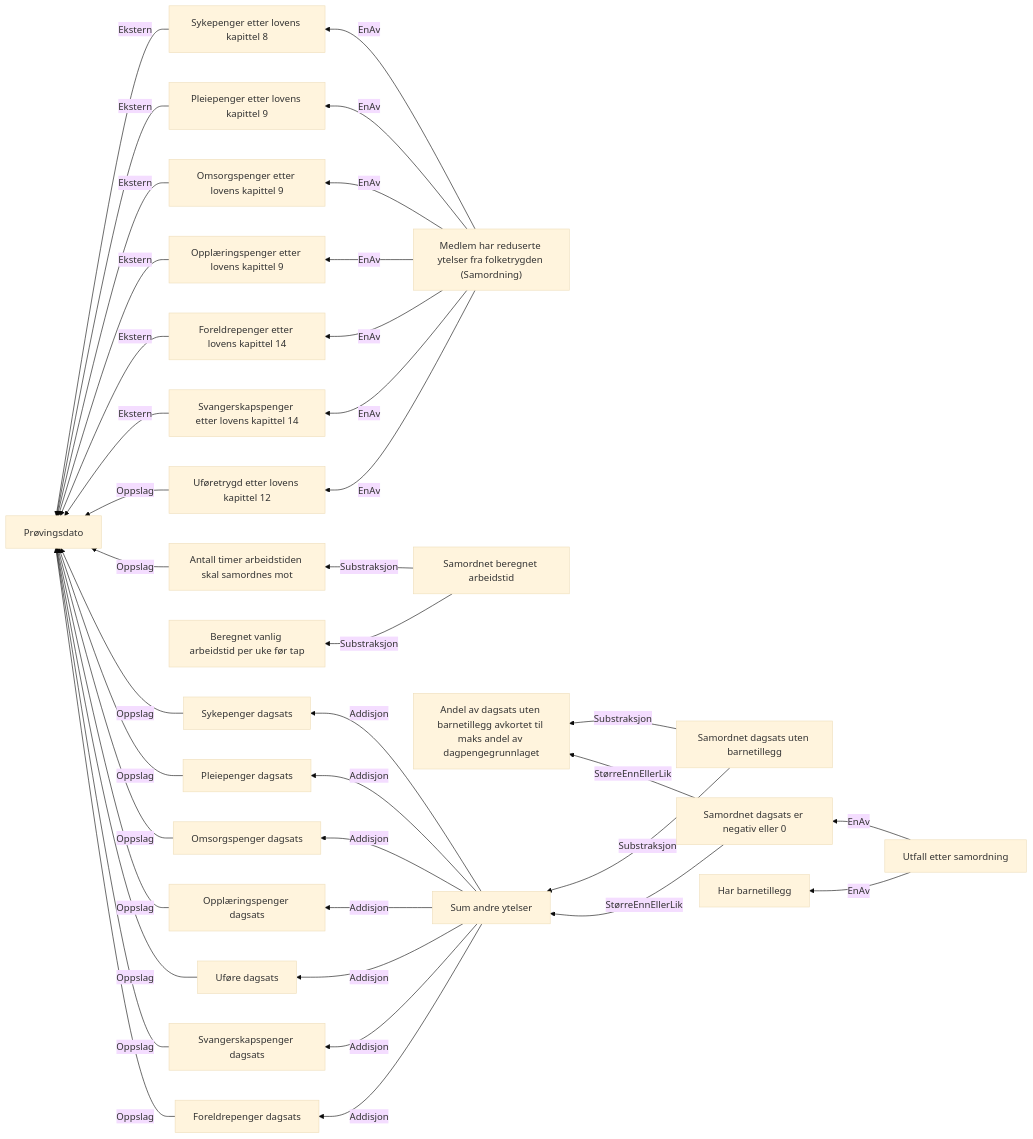
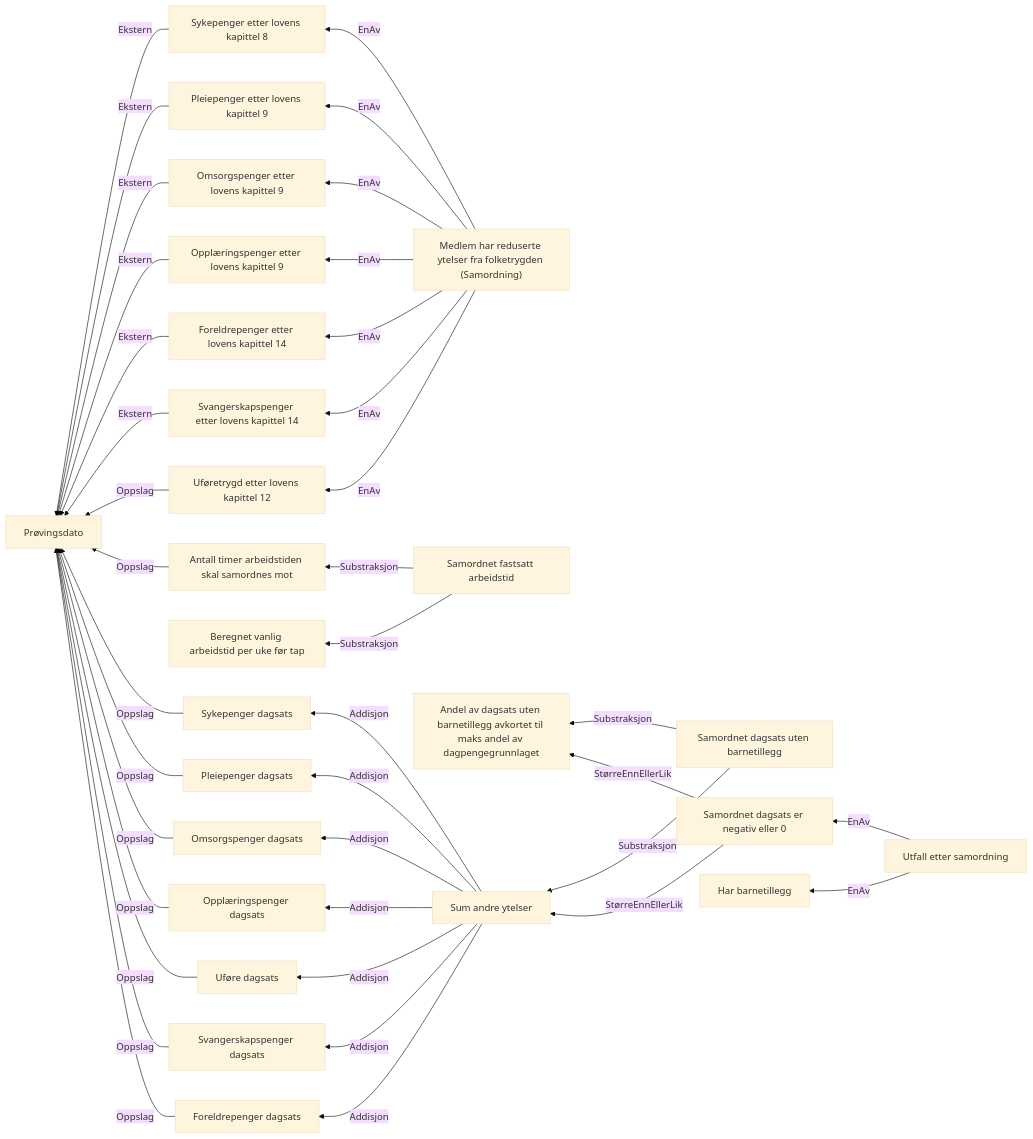
Before and after one commit to navikt/dp-vedtak: the diagram in docs/regler/§ 4-25.Samordning med reduserte ytelser fra folketrygden, eller redusert avtalefestet pensjon.approved.md, drawn with Mermaid (base theme). The commit also changed 6 other files, not shown here.

````diff
--- a/docs/regler/§ 4-25.Samordning med reduserte ytelser fra folketrygden, eller redusert avtalefestet pensjon.approved.md
+++ b/docs/regler/§ 4-25.Samordning med reduserte ytelser fra folketrygden, eller redusert avtalefestet pensjon.approved.md
@@ -5,40 +5,40 @@
 ```mermaid
 graph RL
   A["Sykepenger etter lovens kapittel 8"] -->|"Ekstern"| B["Prøvingsdato"]
   C["Pleiepenger etter lovens kapittel 9"] -->|"Ekstern"| B["Prøvingsdato"]
   D["Omsorgspenger etter lovens kapittel 9"] -->|"Ekstern"| B["Prøvingsdato"]
   E["Opplæringspenger etter lovens kapittel 9"] -->|"Ekstern"| B["Prøvingsdato"]
   F["Foreldrepenger etter lovens kapittel 14"] -->|"Ekstern"| B["Prøvingsdato"]
   G["Svangerskapspenger etter lovens kapittel 14"] -->|"Ekstern"| B["Prøvingsdato"]
   H["Uføretrygd etter lovens kapittel 12"] -->|"Oppslag"| B["Prøvingsdato"]
   I["Antall timer arbeidstiden skal samordnes mot"] -->|"Oppslag"| B["Prøvingsdato"]
-  J["Samordnet beregnet arbeidstid"] -->|"Substraksjon"| K["Beregnet vanlig arbeidstid per uke før tap"]
-  J["Samordnet beregnet arbeidstid"] -->|"Substraksjon"| I["Antall timer arbeidstiden skal samordnes mot"]
+  J["Samordnet fastsatt arbeidstid"] -->|"Substraksjon"| K["Beregnet vanlig arbeidstid per uke før tap"]
+  J["Samordnet fastsatt arbeidstid"] -->|"Substraksjon"| I["Antall timer arbeidstiden skal samordnes mot"]
   L["Sykepenger dagsats"] -->|"Oppslag"| B["Prøvingsdato"]
   M["Pleiepenger dagsats"] -->|"Oppslag"| B["Prøvingsdato"]
   N["Omsorgspenger dagsats"] -->|"Oppslag"| B["Prøvingsdato"]
   O["Opplæringspenger dagsats"] -->|"Oppslag"| B["Prøvingsdato"]
   P["Uføre dagsats"] -->|"Oppslag"| B["Prøvingsdato"]
   Q["Svangerskapspenger dagsats"] -->|"Oppslag"| B["Prøvingsdato"]
   R["Foreldrepenger dagsats"] -->|"Oppslag"| B["Prøvingsdato"]
   S["Sum andre ytelser"] -->|"Addisjon"| L["Sykepenger dagsats"]
   S["Sum andre ytelser"] -->|"Addisjon"| M["Pleiepenger dagsats"]
   S["Sum andre ytelser"] -->|"Addisjon"| N["Omsorgspenger dagsats"]
   S["Sum andre ytelser"] -->|"Addisjon"| O["Opplæringspenger dagsats"]
   S["Sum andre ytelser"] -->|"Addisjon"| P["Uføre dagsats"]
   S["Sum andre ytelser"] -->|"Addisjon"| R["Foreldrepenger dagsats"]
   S["Sum andre ytelser"] -->|"Addisjon"| Q["Svangerskapspenger dagsats"]
   T["Samordnet dagsats uten barnetillegg"] -->|"Substraksjon"| U["Andel av dagsats uten barnetillegg avkortet til maks andel av dagpengegrunnlaget"]
   T["Samordnet dagsats uten barnetillegg"] -->|"Substraksjon"| S["Sum andre ytelser"]
   V["Samordnet dagsats er negativ eller 0"] -->|"StørreEnnEllerLik"| U["Andel av dagsats uten barnetillegg avkortet til maks andel av dagpengegrunnlaget"]
   V["Samordnet dagsats er negativ eller 0"] -->|"StørreEnnEllerLik"| S["Sum andre ytelser"]
   W["Utfall etter samordning"] -->|"EnAv"| V["Samordnet dagsats er negativ eller 0"]
   W["Utfall etter samordning"] -->|"EnAv"| X["Har barnetillegg"]
   Y["Medlem har reduserte ytelser fra folketrygden (Samordning)"] -->|"EnAv"| A["Sykepenger etter lovens kapittel 8"]
   Y["Medlem har reduserte ytelser fra folketrygden (Samordning)"] -->|"EnAv"| C["Pleiepenger etter lovens kapittel 9"]
   Y["Medlem har reduserte ytelser fra folketrygden (Samordning)"] -->|"EnAv"| D["Omsorgspenger etter lovens kapittel 9"]
   Y["Medlem har reduserte ytelser fra folketrygden (Samordning)"] -->|"EnAv"| E["Opplæringspenger etter lovens kapittel 9"]
   Y["Medlem har reduserte ytelser fra folketrygden (Samordning)"] -->|"EnAv"| H["Uføretrygd etter lovens kapittel 12"]
   Y["Medlem har reduserte ytelser fra folketrygden (Samordning)"] -->|"EnAv"| F["Foreldrepenger etter lovens kapittel 14"]
   Y["Medlem har reduserte ytelser fra folketrygden (Samordning)"] -->|"EnAv"| G["Svangerskapspenger etter lovens kapittel 14"]
 ```
````
